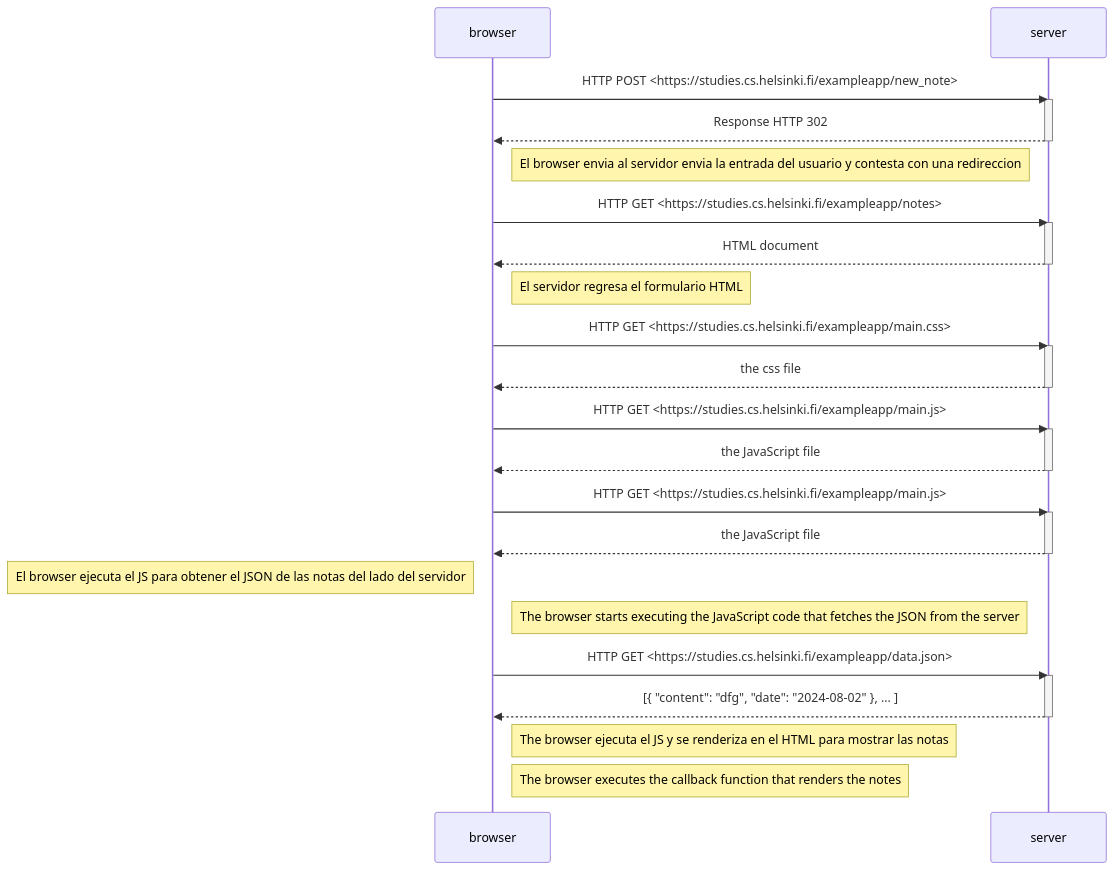
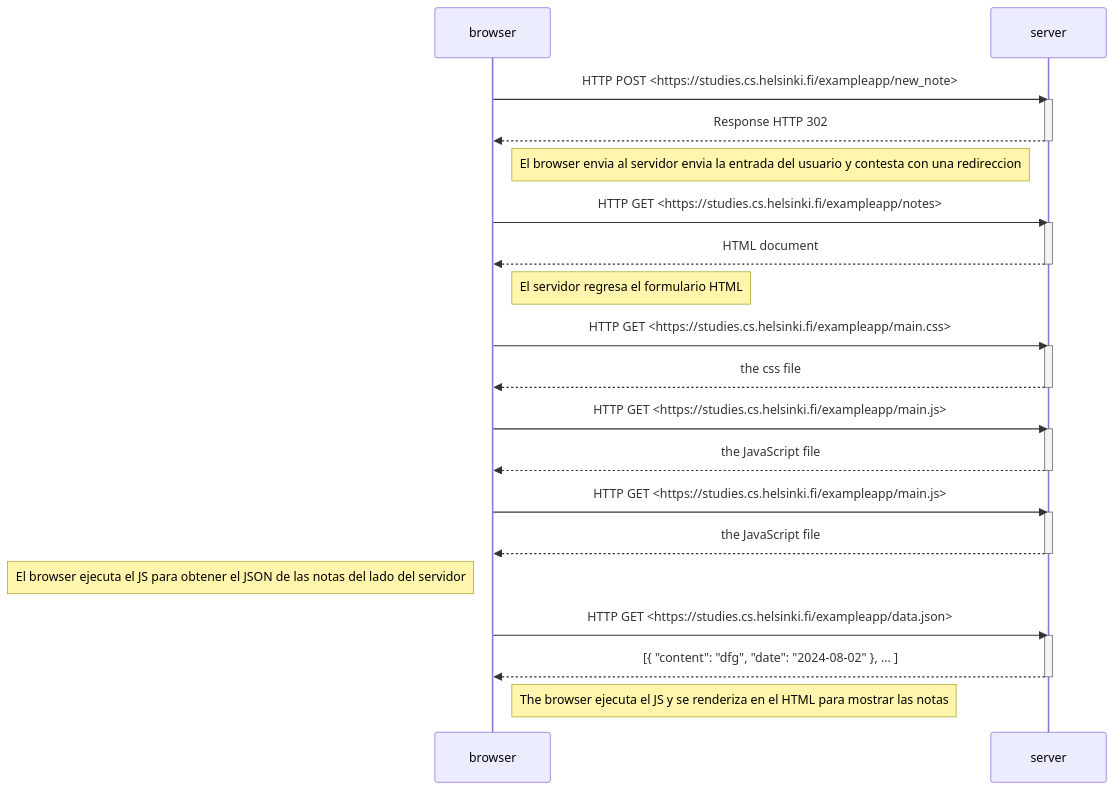
One commit to sirknio/exerc_hels_0 changed the diagram in README.md. Above: the diagram before and after it, drawn with Mermaid. The commit also changed other lines of this file, not shown here.

Commit message:
version para presentar ejercicio

````diff
--- a/README.md
+++ b/README.md
@@ -5,48 +6,47 @@
 ```mermaid
 
 sequenceDiagram
     participant browser
     participant server
 
     browser->>server: HTTP POST <https://studies.cs.helsinki.fi/exampleapp/new_note>
     activate server
     server-->>browser: Response HTTP 302
     deactivate server
 
     Note right of browser: El browser envia al servidor envia la entrada del usuario y contesta con una redireccion
 
     browser->>server: HTTP GET <https://studies.cs.helsinki.fi/exampleapp/notes>
     activate server
     server-->>browser: HTML document
     deactivate server
 
     Note right of browser: El servidor regresa el formulario HTML
 
     browser->>server: HTTP GET <https://studies.cs.helsinki.fi/exampleapp/main.css>
     activate server
     server-->>browser: the css file
     deactivate server
 
     browser->>server: HTTP GET <https://studies.cs.helsinki.fi/exampleapp/main.js>
     activate server
     server-->>browser: the JavaScript file
     deactivate server
 
     browser->>server: HTTP GET <https://studies.cs.helsinki.fi/exampleapp/main.js>
     activate server
     server-->>browser: the JavaScript file
     deactivate server
 
     Note left of browser: El browser ejecuta el JS para obtener el JSON de las notas del lado del servidor
-    Note right of browser: The browser starts executing the JavaScript code that fetches the JSON from the server
+
 
     browser->>server: HTTP GET <https://studies.cs.helsinki.fi/exampleapp/data.json>
     activate server
     server-->>browser: [{ "content": "dfg", "date": "2024-08-02" }, ... ]
     deactivate server
 
     Note right of browser: The browser ejecuta el JS y se renderiza en el HTML para mostrar las notas
-    Note right of browser: The browser executes the callback function that renders the notes
 
 
 ```
````
